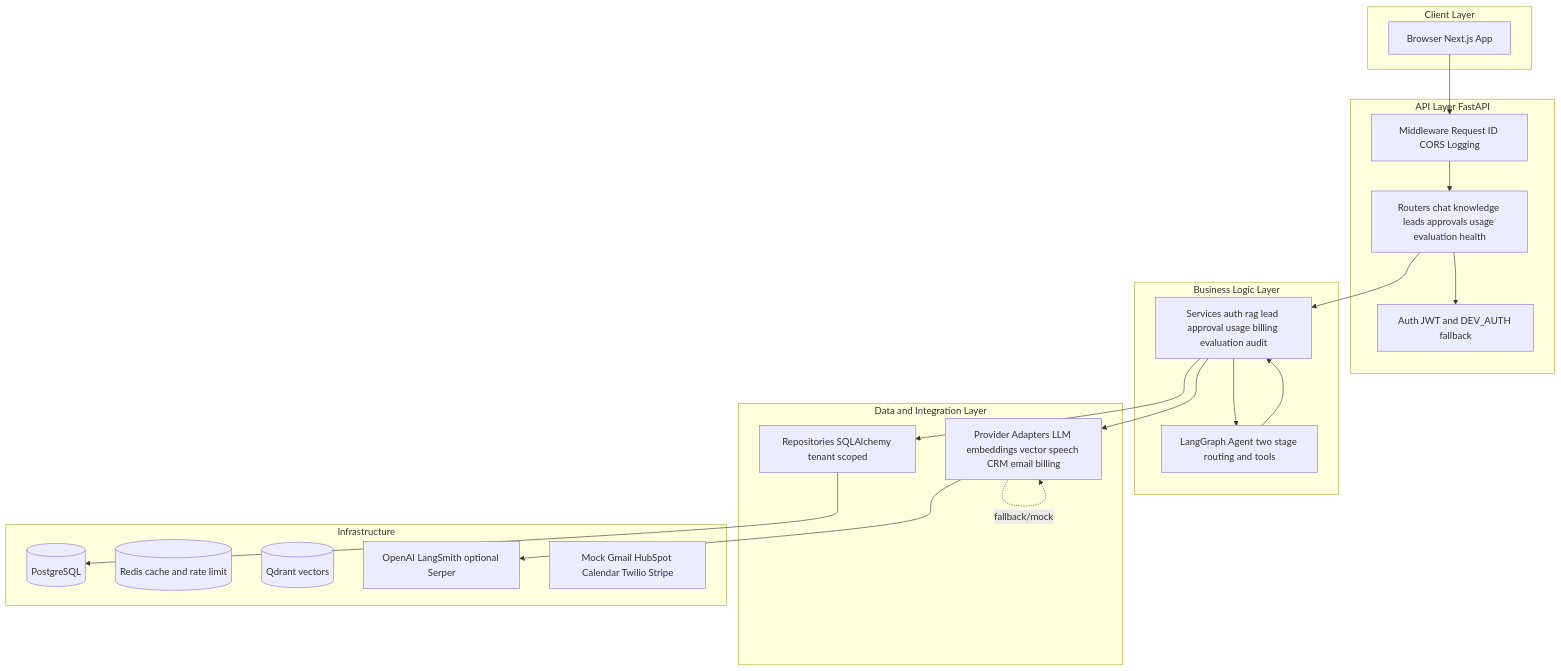
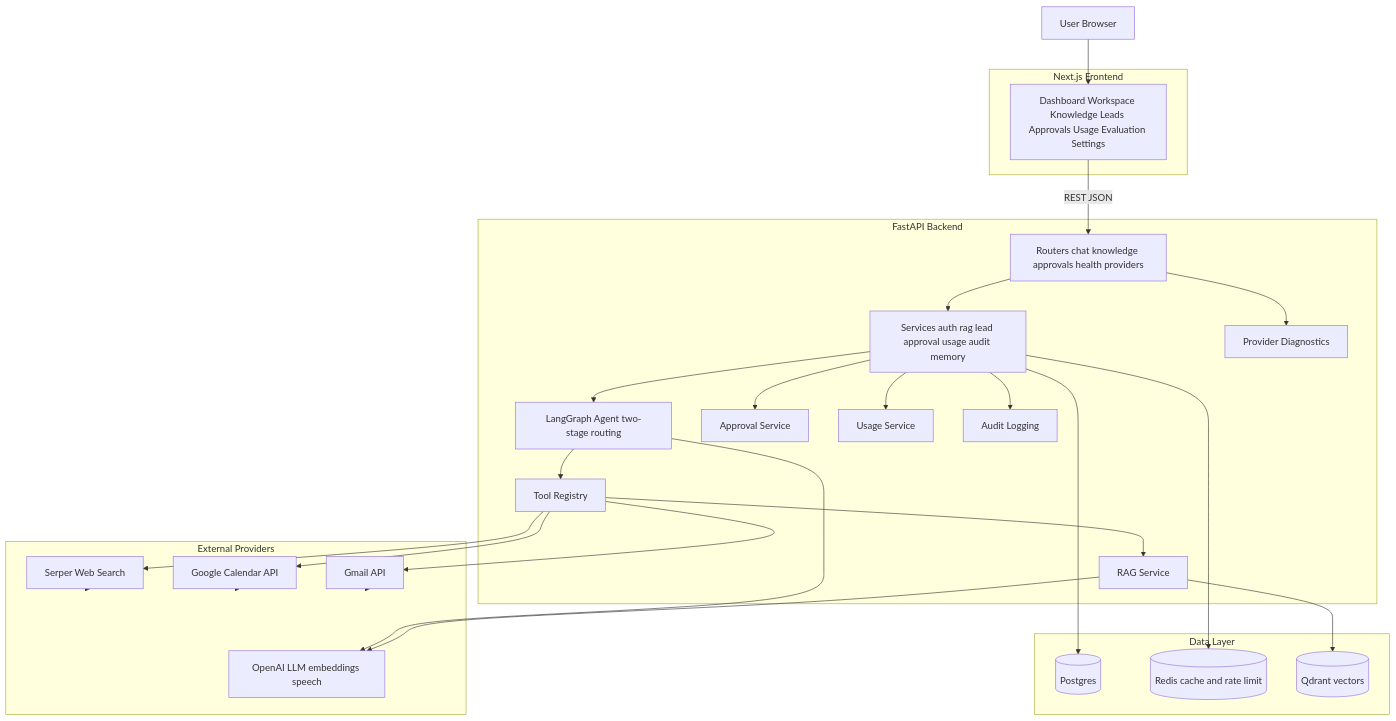
The first of 7 diagrams in docs/architecture.md (Fejjii/OnePilot-AI), drawn with Mermaid before and after one commit. The commit also changed other lines of this file and 100 other files, not shown here.

````diff
--- a/docs/architecture.md
+++ b/docs/architecture.md
@@ -7,41 +9,55 @@
 ```mermaid
 flowchart TB
-    subgraph Client ["Client Layer"]
-        Browser["Browser Next.js App"]
+    User[User Browser]
+
+    subgraph Frontend [Next.js Frontend]
+        Pages[Dashboard Workspace Knowledge Leads Approvals Usage Evaluation Settings]
     end
 
-    subgraph API ["API Layer FastAPI"]
-        Middleware["Middleware Request ID CORS Logging"]
-        Routers["Routers chat knowledge leads approvals usage evaluation health"]
-        AuthDep["Auth JWT and DEV_AUTH fallback"]
+    subgraph Backend [FastAPI Backend]
+        Routers[Routers chat knowledge approvals health providers]
+        Services[Services auth rag lead approval usage audit memory]
+        Agent[LangGraph Agent two-stage routing]
+        Tools[Tool Registry]
+        RAG[RAG Service]
+        ApprovalSvc[Approval Service]
+        UsageSvc[Usage Service]
+        AuditLog[Audit Logging]
+        Diagnostics[Provider Diagnostics]
     end
 
-    subgraph Business ["Business Logic Layer"]
-        Services["Services auth rag lead approval usage billing evaluation audit"]
-        Agents["LangGraph Agent two stage routing and tools"]
+    subgraph Data [Data Layer]
+        Postgres[(Postgres)]
+        Redis[(Redis cache and rate limit)]
+        Qdrant[(Qdrant vectors)]
     end
 
-    subgraph Data ["Data and Integration Layer"]
-        Repos["Repositories SQLAlchemy tenant scoped"]
-        Providers["Provider Adapters LLM embeddings vector speech CRM email billing"]
+    subgraph External [External Providers]
+        OpenAI[OpenAI LLM embeddings speech]
+        Serper[Serper Web Search]
+        Gmail[Gmail API]
+        GCal[Google Calendar API]
     end
 
-    subgraph Infra ["Infrastructure"]
-        Postgres[(PostgreSQL)]
-        Redis[(Redis cache and rate limit)]
-        Qdrant[(Qdrant vectors)]
-        External["OpenAI LangSmith optional Serper"]
-        Mocks["Mock Gmail HubSpot Calendar Twilio Stripe"]
-    end
-
-    Browser --> Middleware --> Routers
-    Routers --> AuthDep
+    User --> Pages
+    Pages -->|REST JSON| Routers
     Routers --> Services
-    Services --> Agents
-    Agents --> Services
-    Services --> Repos
-    Services --> Providers
-    Repos --> Postgres
-    Providers --> External
-    Providers -.->|"fallback/mock"| Providers
+    Services --> Agent
+    Agent --> Tools
+    Tools --> RAG
+    Tools --> Serper
+    Tools --> Gmail
+    Tools --> GCal
+    Services --> ApprovalSvc
+    Services --> UsageSvc
+    Services --> AuditLog
+    Routers --> Diagnostics
+    Services --> Postgres
+    Services --> Redis
+    RAG --> Qdrant
+    RAG --> OpenAI
+    Agent --> OpenAI
+    Gmail --> External
+    GCal --> External
+    Serper --> External
 ```
````
